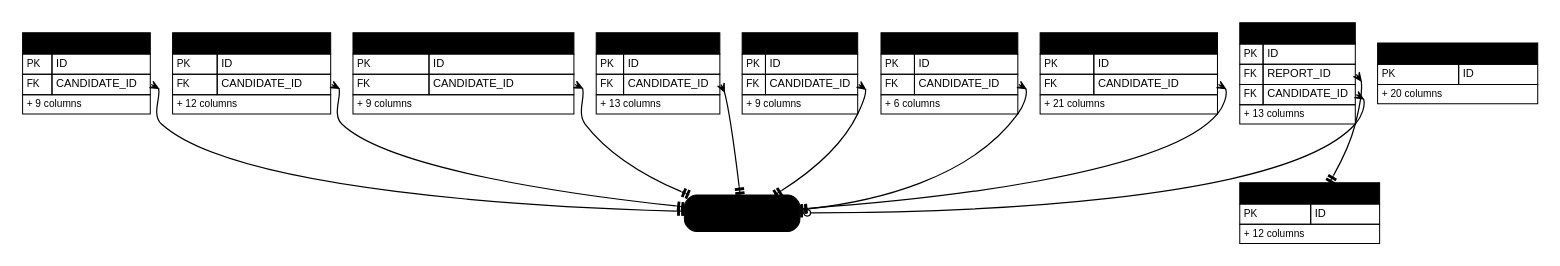
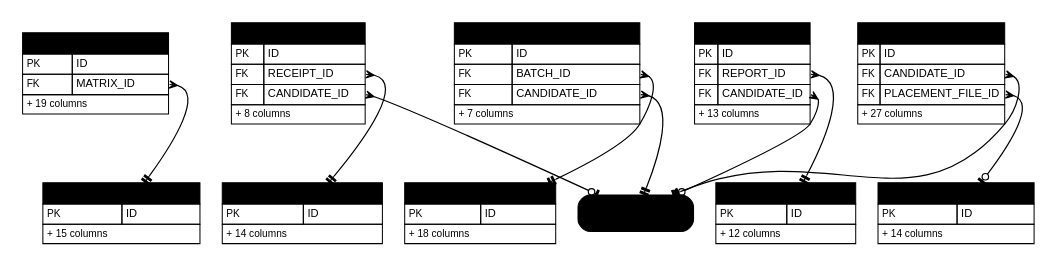
One commit to IortaTexhNXT-DEV/FinVerse changed the diagram in docs/deliverables/src/programme/security_data/figures/erd/d11_renewal_2.dot. Above: the diagram before and after it, drawn with Graphviz. The commit also changed 58 other files, not shown here.

```diff
--- a/docs/deliverables/src/programme/security_data/figures/erd/d11_renewal_2.dot
+++ b/docs/deliverables/src/programme/security_data/figures/erd/d11_renewal_2.dot
@@ -1,25 +1,25 @@
 digraph erd {
   graph [rankdir=TB, fontname="Arial", nodesep=0.3, ranksep=0.8, pad=0.2, bgcolor="white"];
   node [shape=plain, fontname="Arial"];
   edge [color="@CTA_BLUE", arrowsize=0.8, penwidth=1.2, dir=both];
-  "rnw_assignment" [label=<<table border="0" cellborder="1" cellspacing="0" cellpadding="3" color="@BORDER"><tr><td bgcolor="@HEADER_BLUE" align="left" colspan="2"><font color="@WHITE" point-size="12"><b>RNW_ASSIGNMENT</b></font></td></tr><tr><td align="left"><font point-size="10" color="@MUTED">PK</font></td><td align="left" port="id"><font point-size="11">ID</font></td></tr><tr><td align="left"><font point-size="10" color="@MUTED">FK</font></td><td align="left" port="candidate_id"><font point-size="11">CANDIDATE_ID</font></td></tr><tr><td colspan="2" align="left"><font point-size="10" color="@MUTED">+ 9 columns</font></td></tr></table>>];
-  "rnw_bucket_history" [label=<<table border="0" cellborder="1" cellspacing="0" cellpadding="3" color="@BORDER"><tr><td bgcolor="@HEADER_BLUE" align="left" colspan="2"><font color="@WHITE" point-size="12"><b>RNW_BUCKET_HISTORY</b></font></td></tr><tr><td align="left"><font point-size="10" color="@MUTED">PK</font></td><td align="left" port="id"><font point-size="11">ID</font></td></tr><tr><td align="left"><font point-size="10" color="@MUTED">FK</font></td><td align="left" port="candidate_id"><font point-size="11">CANDIDATE_ID</font></td></tr><tr><td colspan="2" align="left"><font point-size="10" color="@MUTED">+ 12 columns</font></td></tr></table>>];
-  "rnw_candidate_endorsement" [label=<<table border="0" cellborder="1" cellspacing="0" cellpadding="3" color="@BORDER"><tr><td bgcolor="@HEADER_BLUE" align="left" colspan="2"><font color="@WHITE" point-size="12"><b>RNW_CANDIDATE_ENDORSEMENT</b></font></td></tr><tr><td align="left"><font point-size="10" color="@MUTED">PK</font></td><td align="left" port="id"><font point-size="11">ID</font></td></tr><tr><td align="left"><font point-size="10" color="@MUTED">FK</font></td><td align="left" port="candidate_id"><font point-size="11">CANDIDATE_ID</font></td></tr><tr><td colspan="2" align="left"><font point-size="10" color="@MUTED">+ 9 columns</font></td></tr></table>>];
-  "rnw_disposition" [label=<<table border="0" cellborder="1" cellspacing="0" cellpadding="3" color="@BORDER"><tr><td bgcolor="@HEADER_BLUE" align="left" colspan="2"><font color="@WHITE" point-size="12"><b>RNW_DISPOSITION</b></font></td></tr><tr><td align="left"><font point-size="10" color="@MUTED">PK</font></td><td align="left" port="id"><font point-size="11">ID</font></td></tr><tr><td align="left"><font point-size="10" color="@MUTED">FK</font></td><td align="left" port="candidate_id"><font point-size="11">CANDIDATE_ID</font></td></tr><tr><td colspan="2" align="left"><font point-size="10" color="@MUTED">+ 13 columns</font></td></tr></table>>];
-  "rnw_extraction_run" [label=<<table border="0" cellborder="1" cellspacing="0" cellpadding="3" color="@BORDER"><tr><td bgcolor="@HEADER_BLUE" align="left" colspan="2"><font color="@WHITE" point-size="12"><b>RNW_EXTRACTION_RUN</b></font></td></tr><tr><td align="left"><font point-size="10" color="@MUTED">PK</font></td><td align="left" port="id"><font point-size="11">ID</font></td></tr><tr><td colspan="2" align="left"><font point-size="10" color="@MUTED">+ 20 columns</font></td></tr></table>>];
-  "rnw_followup" [label=<<table border="0" cellborder="1" cellspacing="0" cellpadding="3" color="@BORDER"><tr><td bgcolor="@HEADER_BLUE" align="left" colspan="2"><font color="@WHITE" point-size="12"><b>RNW_FOLLOWUP</b></font></td></tr><tr><td align="left"><font point-size="10" color="@MUTED">PK</font></td><td align="left" port="id"><font point-size="11">ID</font></td></tr><tr><td align="left"><font point-size="10" color="@MUTED">FK</font></td><td align="left" port="candidate_id"><font point-size="11">CANDIDATE_ID</font></td></tr><tr><td colspan="2" align="left"><font point-size="10" color="@MUTED">+ 9 columns</font></td></tr></table>>];
-  "rnw_history_view" [label=<<table border="0" cellborder="1" cellspacing="0" cellpadding="3" color="@BORDER"><tr><td bgcolor="@HEADER_BLUE" align="left" colspan="2"><font color="@WHITE" point-size="12"><b>RNW_HISTORY_VIEW</b></font></td></tr><tr><td align="left"><font point-size="10" color="@MUTED">PK</font></td><td align="left" port="id"><font point-size="11">ID</font></td></tr><tr><td align="left"><font point-size="10" color="@MUTED">FK</font></td><td align="left" port="candidate_id"><font point-size="11">CANDIDATE_ID</font></td></tr><tr><td colspan="2" align="left"><font point-size="10" color="@MUTED">+ 6 columns</font></td></tr></table>>];
-  "rnw_insurer_response" [label=<<table border="0" cellborder="1" cellspacing="0" cellpadding="3" color="@BORDER"><tr><td bgcolor="@HEADER_BLUE" align="left" colspan="2"><font color="@WHITE" point-size="12"><b>RNW_INSURER_RESPONSE</b></font></td></tr><tr><td align="left"><font point-size="10" color="@MUTED">PK</font></td><td align="left" port="id"><font point-size="11">ID</font></td></tr><tr><td align="left"><font point-size="10" color="@MUTED">FK</font></td><td align="left" port="candidate_id"><font point-size="11">CANDIDATE_ID</font></td></tr><tr><td colspan="2" align="left"><font point-size="10" color="@MUTED">+ 21 columns</font></td></tr></table>>];
+  "rnw_decision_matrix" [label=<<table border="0" cellborder="1" cellspacing="0" cellpadding="3" color="@BORDER"><tr><td bgcolor="@HEADER_BLUE" align="left" colspan="2"><font color="@WHITE" point-size="12"><b>RNW_DECISION_MATRIX</b></font></td></tr><tr><td align="left"><font point-size="10" color="@MUTED">PK</font></td><td align="left" port="id"><font point-size="11">ID</font></td></tr><tr><td colspan="2" align="left"><font point-size="10" color="@MUTED">+ 15 columns</font></td></tr></table>>];
+  "rnw_decision_rule" [label=<<table border="0" cellborder="1" cellspacing="0" cellpadding="3" color="@BORDER"><tr><td bgcolor="@HEADER_BLUE" align="left" colspan="2"><font color="@WHITE" point-size="12"><b>RNW_DECISION_RULE</b></font></td></tr><tr><td align="left"><font point-size="10" color="@MUTED">PK</font></td><td align="left" port="id"><font point-size="11">ID</font></td></tr><tr><td align="left"><font point-size="10" color="@MUTED">FK</font></td><td align="left" port="matrix_id"><font point-size="11">MATRIX_ID</font></td></tr><tr><td colspan="2" align="left"><font point-size="10" color="@MUTED">+ 19 columns</font></td></tr></table>>];
+  "rnw_epolicy_line" [label=<<table border="0" cellborder="1" cellspacing="0" cellpadding="3" color="@BORDER"><tr><td bgcolor="@HEADER_BLUE" align="left" colspan="2"><font color="@WHITE" point-size="12"><b>RNW_EPOLICY_LINE</b></font></td></tr><tr><td align="left"><font point-size="10" color="@MUTED">PK</font></td><td align="left" port="id"><font point-size="11">ID</font></td></tr><tr><td align="left"><font point-size="10" color="@MUTED">FK</font></td><td align="left" port="receipt_id"><font point-size="11">RECEIPT_ID</font></td></tr><tr><td align="left"><font point-size="10" color="@MUTED">FK</font></td><td align="left" port="candidate_id"><font point-size="11">CANDIDATE_ID</font></td></tr><tr><td colspan="2" align="left"><font point-size="10" color="@MUTED">+ 8 columns</font></td></tr></table>>];
+  "rnw_epolicy_receipt" [label=<<table border="0" cellborder="1" cellspacing="0" cellpadding="3" color="@BORDER"><tr><td bgcolor="@HEADER_BLUE" align="left" colspan="2"><font color="@WHITE" point-size="12"><b>RNW_EPOLICY_RECEIPT</b></font></td></tr><tr><td align="left"><font point-size="10" color="@MUTED">PK</font></td><td align="left" port="id"><font point-size="11">ID</font></td></tr><tr><td colspan="2" align="left"><font point-size="10" color="@MUTED">+ 14 columns</font></td></tr></table>>];
+  "rnw_insurer_batch" [label=<<table border="0" cellborder="1" cellspacing="0" cellpadding="3" color="@BORDER"><tr><td bgcolor="@HEADER_BLUE" align="left" colspan="2"><font color="@WHITE" point-size="12"><b>RNW_INSURER_BATCH</b></font></td></tr><tr><td align="left"><font point-size="10" color="@MUTED">PK</font></td><td align="left" port="id"><font point-size="11">ID</font></td></tr><tr><td colspan="2" align="left"><font point-size="10" color="@MUTED">+ 18 columns</font></td></tr></table>>];
+  "rnw_insurer_batch_line" [label=<<table border="0" cellborder="1" cellspacing="0" cellpadding="3" color="@BORDER"><tr><td bgcolor="@HEADER_BLUE" align="left" colspan="2"><font color="@WHITE" point-size="12"><b>RNW_INSURER_BATCH_LINE</b></font></td></tr><tr><td align="left"><font point-size="10" color="@MUTED">PK</font></td><td align="left" port="id"><font point-size="11">ID</font></td></tr><tr><td align="left"><font point-size="10" color="@MUTED">FK</font></td><td align="left" port="batch_id"><font point-size="11">BATCH_ID</font></td></tr><tr><td align="left"><font point-size="10" color="@MUTED">FK</font></td><td align="left" port="candidate_id"><font point-size="11">CANDIDATE_ID</font></td></tr><tr><td colspan="2" align="left"><font point-size="10" color="@MUTED">+ 7 columns</font></td></tr></table>>];
   "rnw_lamd_line" [label=<<table border="0" cellborder="1" cellspacing="0" cellpadding="3" color="@BORDER"><tr><td bgcolor="@HEADER_BLUE" align="left" colspan="2"><font color="@WHITE" point-size="12"><b>RNW_LAMD_LINE</b></font></td></tr><tr><td align="left"><font point-size="10" color="@MUTED">PK</font></td><td align="left" port="id"><font point-size="11">ID</font></td></tr><tr><td align="left"><font point-size="10" color="@MUTED">FK</font></td><td align="left" port="report_id"><font point-size="11">REPORT_ID</font></td></tr><tr><td align="left"><font point-size="10" color="@MUTED">FK</font></td><td align="left" port="candidate_id"><font point-size="11">CANDIDATE_ID</font></td></tr><tr><td colspan="2" align="left"><font point-size="10" color="@MUTED">+ 13 columns</font></td></tr></table>>];
   "rnw_lamd_report" [label=<<table border="0" cellborder="1" cellspacing="0" cellpadding="3" color="@BORDER"><tr><td bgcolor="@HEADER_BLUE" align="left" colspan="2"><font color="@WHITE" point-size="12"><b>RNW_LAMD_REPORT</b></font></td></tr><tr><td align="left"><font point-size="10" color="@MUTED">PK</font></td><td align="left" port="id"><font point-size="11">ID</font></td></tr><tr><td colspan="2" align="left"><font point-size="10" color="@MUTED">+ 12 columns</font></td></tr></table>>];
+  "rnw_placement" [label=<<table border="0" cellborder="1" cellspacing="0" cellpadding="3" color="@BORDER"><tr><td bgcolor="@HEADER_BLUE" align="left" colspan="2"><font color="@WHITE" point-size="12"><b>RNW_PLACEMENT</b></font></td></tr><tr><td align="left"><font point-size="10" color="@MUTED">PK</font></td><td align="left" port="id"><font point-size="11">ID</font></td></tr><tr><td align="left"><font point-size="10" color="@MUTED">FK</font></td><td align="left" port="candidate_id"><font point-size="11">CANDIDATE_ID</font></td></tr><tr><td align="left"><font point-size="10" color="@MUTED">FK</font></td><td align="left" port="placement_file_id"><font point-size="11">PLACEMENT_FILE_ID</font></td></tr><tr><td colspan="2" align="left"><font point-size="10" color="@MUTED">+ 27 columns</font></td></tr></table>>];
+  "rnw_placement_file" [label=<<table border="0" cellborder="1" cellspacing="0" cellpadding="3" color="@BORDER"><tr><td bgcolor="@HEADER_BLUE" align="left" colspan="2"><font color="@WHITE" point-size="12"><b>RNW_PLACEMENT_FILE</b></font></td></tr><tr><td align="left"><font point-size="10" color="@MUTED">PK</font></td><td align="left" port="id"><font point-size="11">ID</font></td></tr><tr><td colspan="2" align="left"><font point-size="10" color="@MUTED">+ 14 columns</font></td></tr></table>>];
   "rnw_candidate" [shape=box, style="rounded,filled", fillcolor="@DIRTY_WHITE", color="@MUTED", fontsize=11, label=<<font color="@MUTED">RNW_CANDIDATE<br/><font point-size="9">RENEWAL</font></font>>];
-  "rnw_assignment":"candidate_id" -> "rnw_candidate" [arrowtail=crow, arrowhead=teetee];
-  "rnw_bucket_history":"candidate_id" -> "rnw_candidate" [arrowtail=crow, arrowhead=teetee];
-  "rnw_candidate_endorsement":"candidate_id" -> "rnw_candidate" [arrowtail=crow, arrowhead=teetee];
-  "rnw_disposition":"candidate_id" -> "rnw_candidate" [arrowtail=crow, arrowhead=teetee];
-  "rnw_followup":"candidate_id" -> "rnw_candidate" [arrowtail=crow, arrowhead=teetee];
-  "rnw_history_view":"candidate_id" -> "rnw_candidate" [arrowtail=crow, arrowhead=teetee];
-  "rnw_insurer_response":"candidate_id" -> "rnw_candidate" [arrowtail=crow, arrowhead=teetee];
+  "rnw_decision_rule":"matrix_id" -> "rnw_decision_matrix" [arrowtail=crow, arrowhead=teetee];
+  "rnw_epolicy_line":"candidate_id" -> "rnw_candidate" [arrowtail=crow, arrowhead=teeodot];
+  "rnw_epolicy_line":"receipt_id" -> "rnw_epolicy_receipt" [arrowtail=crow, arrowhead=teetee];
+  "rnw_insurer_batch_line":"batch_id" -> "rnw_insurer_batch" [arrowtail=crow, arrowhead=teetee];
+  "rnw_insurer_batch_line":"candidate_id" -> "rnw_candidate" [arrowtail=crow, arrowhead=teetee];
   "rnw_lamd_line":"candidate_id" -> "rnw_candidate" [arrowtail=crow, arrowhead=teeodot];
   "rnw_lamd_line":"report_id" -> "rnw_lamd_report" [arrowtail=crow, arrowhead=teetee];
+  "rnw_placement":"candidate_id" -> "rnw_candidate" [arrowtail=crow, arrowhead=teetee];
+  "rnw_placement":"placement_file_id" -> "rnw_placement_file" [arrowtail=crow, arrowhead=teeodot];
 }
```
